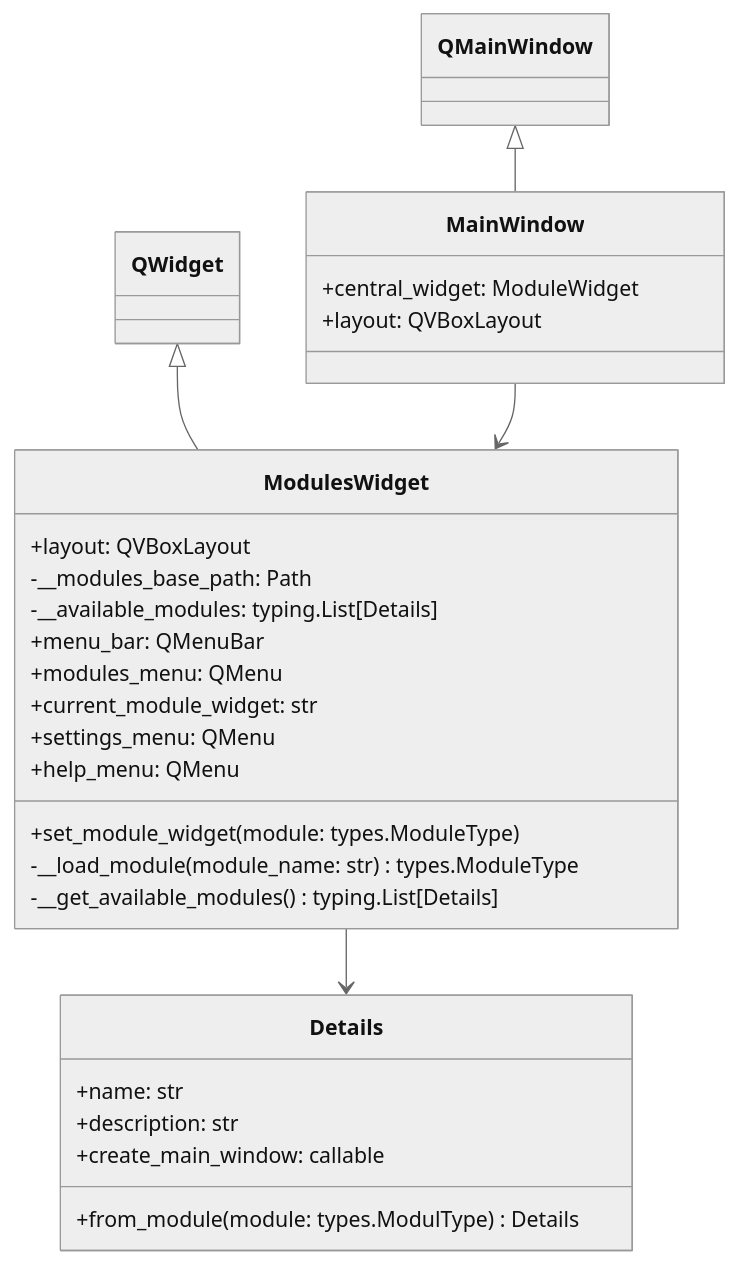
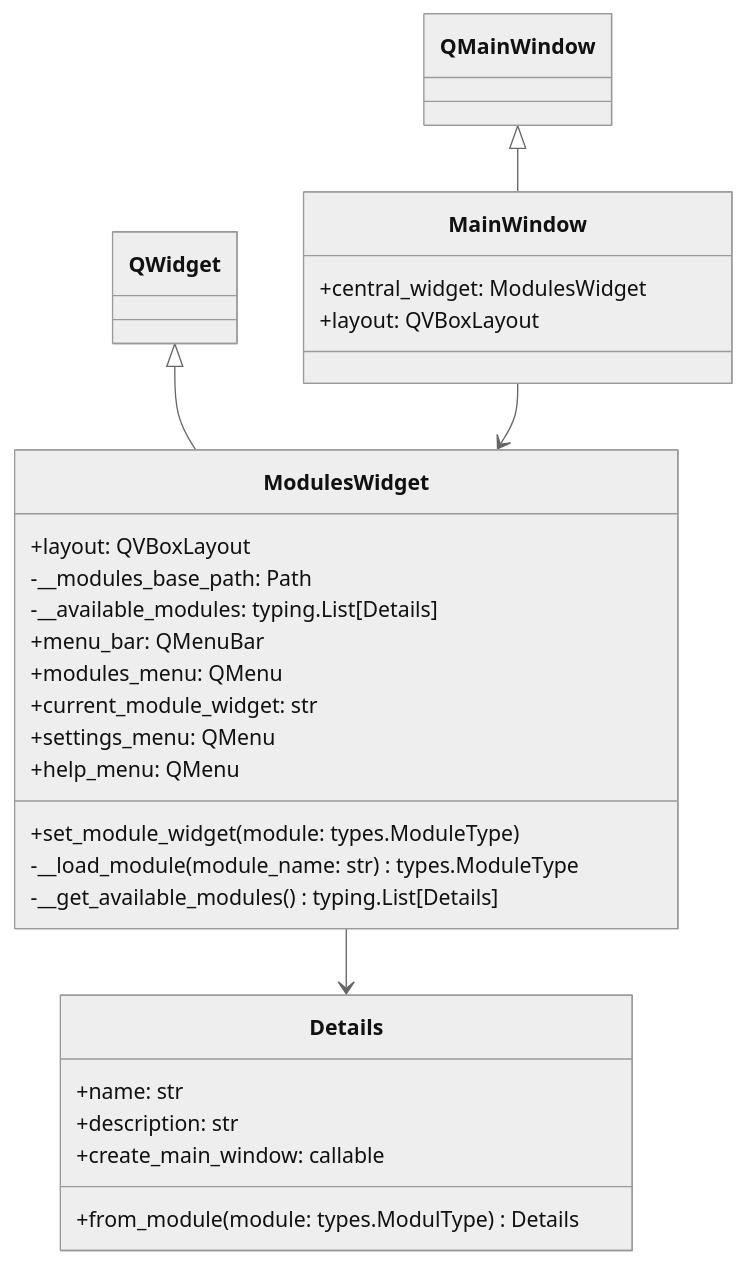
One commit to Katze719/JustForYou changed the diagram in docs/Klassendiagramm/MAIN_WINDOW.md. Above: the diagram before and after it, drawn with Mermaid (neutral theme).

Commit message:
klassendiagramm anpassen

````diff
--- a/docs/Klassendiagramm/MAIN_WINDOW.md
+++ b/docs/Klassendiagramm/MAIN_WINDOW.md
@@ -1,45 +1,45 @@
 ```mermaid
 classDiagram
     class QWidget {
         
     }
     
     QWidget <|-- ModulesWidget 
     
     class ModulesWidget {
         +layout: QVBoxLayout
         -__modules_base_path: Path
         -__available_modules: typing.List[Details]
         +menu_bar: QMenuBar
         +modules_menu: QMenu
         +current_module_widget: str
         +settings_menu: QMenu
         +help_menu: QMenu
         
         +set_module_widget(module: types.ModuleType)
         -__load_module(module_name: str) types.ModuleType
         -__get_available_modules() typing.List[Details]
     }
     
     ModulesWidget --> Details
     
     class Details {
         +name: str
         +description: str
         +create_main_window: callable
         
         +from_module(module: types.ModulType) Details
     }
     
     class QMainWindow {
         
     }
     
     QMainWindow <|-- MainWindow
     MainWindow --> ModulesWidget
     class MainWindow {
-        +central_widget: ModuleWidget
+        +central_widget: ModulesWidget
         +layout: QVBoxLayout
     }
     
 ```
````
